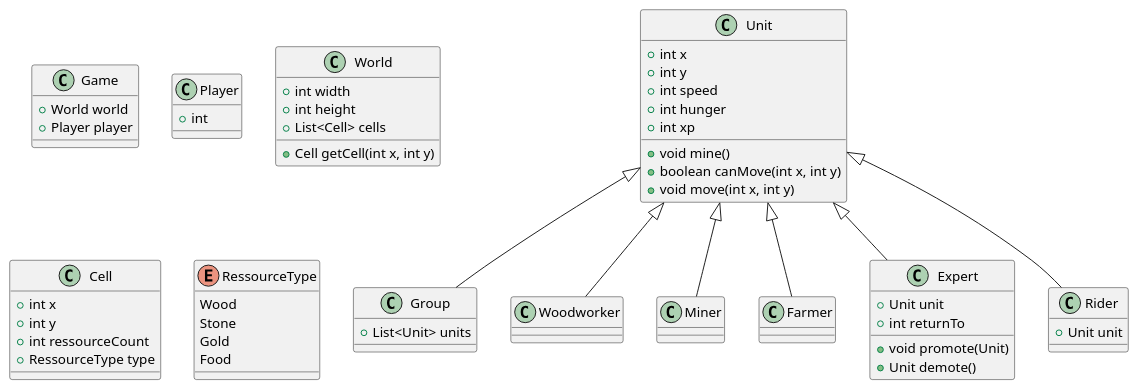
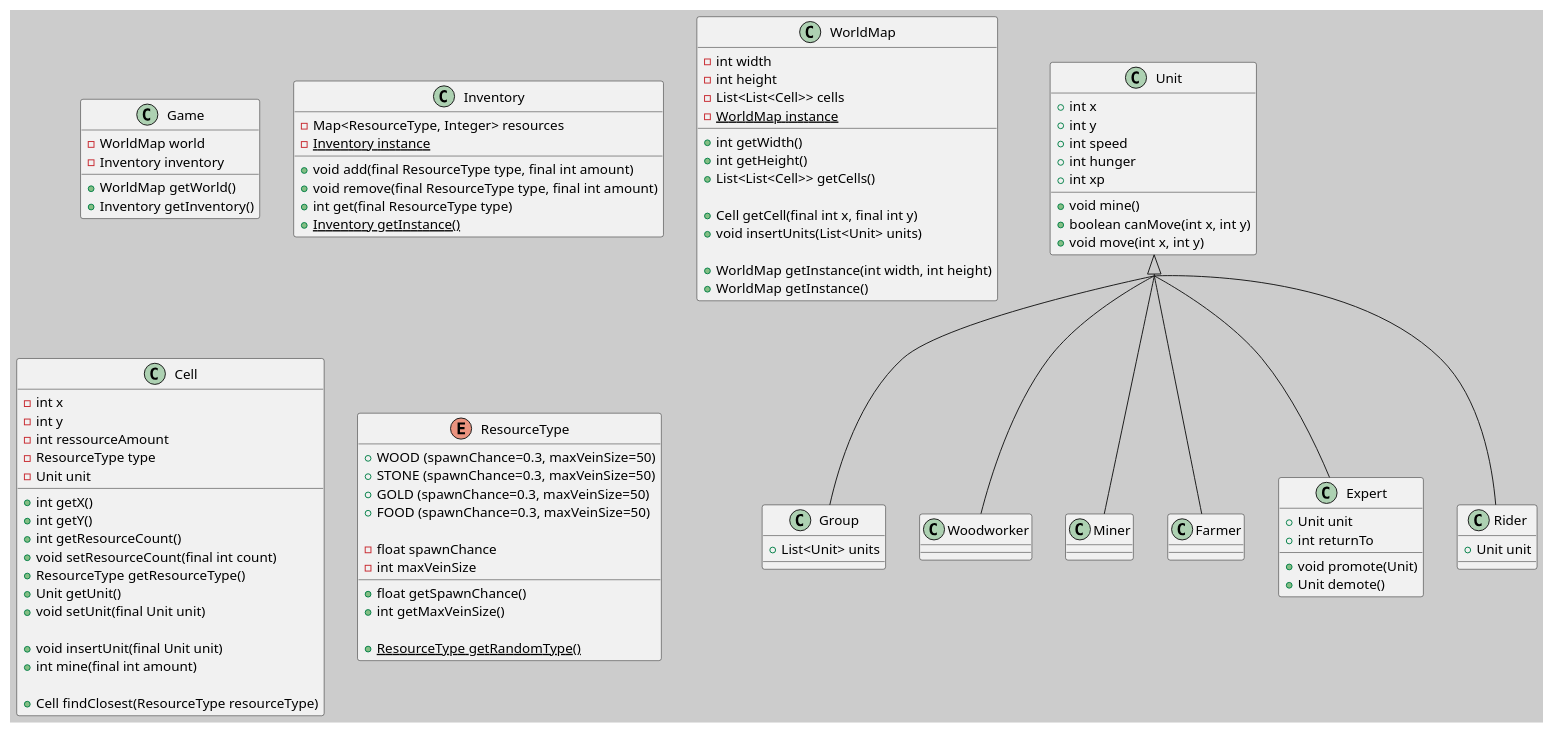
Before and after one commit to 17maiga/strategy_game_dp: the diagram in doc/class.puml, drawn with PlantUML.

Commit message:
World map + resources uml

```diff
--- a/doc/class.puml
+++ b/doc/class.puml
@@ -1,66 +1,110 @@
 @startuml
+skinparam groupInheritance 2
+skinparam backgroundColor #CCCCCC
+
 class Game {
-  +World world
-  +Player player
+  -WorldMap world
+  -Inventory inventory
+
+  +WorldMap getWorld()
+  +Inventory getInventory()
 }
 
-class Player {
-  +int
+class Inventory {
+  -Map<ResourceType, Integer> resources
+  {static} -Inventory instance
+
+  +void add(final ResourceType type, final int amount)
+  +void remove(final ResourceType type, final int amount)
+  +int get(final ResourceType type)
+  {static} +Inventory getInstance()
 }
 
-class World {
-  +int width
-  +int height
-  +List<Cell> cells
+class WorldMap {
+  -int width
+  -int height
+  -List<List<Cell>> cells
+  {static} -WorldMap instance
 
-  +Cell getCell(int x, int y)
+
+  +int getWidth()
+  +int getHeight()
+  +List<List<Cell>> getCells()
+
+  +Cell getCell(final int x, final int y)
+  +void insertUnits(List<Unit> units)
+
+  +WorldMap getInstance(int width, int height)
+  +WorldMap getInstance()
 }
 
 class Cell {
-  +int x
-  +int y
-  +int ressourceCount
-  +RessourceType type
+  -int x
+  -int y
+  -int ressourceAmount
+  -ResourceType type
+  -Unit unit
+
+  +int getX()
+  +int getY()
+  +int getResourceCount()
+  +void setResourceCount(final int count)
+  +ResourceType getResourceType()
+  +Unit getUnit()
+  +void setUnit(final Unit unit)
+
+  +void insertUnit(final Unit unit)
+  +int mine(final int amount)
+
+  +Cell findClosest(ResourceType resourceType)
 }
 
-enum RessourceType {
-  Wood
-  Stone
-  Gold
-  Food
+enum ResourceType {
+  {field} +WOOD (spawnChance=0.3, maxVeinSize=50)
+  {field} +STONE (spawnChance=0.3, maxVeinSize=50)
+  {field} +GOLD (spawnChance=0.3, maxVeinSize=50)
+  {field} +FOOD (spawnChance=0.3, maxVeinSize=50)
+
+  -float spawnChance
+  -int maxVeinSize
+
+  +float getSpawnChance()
+  +int getMaxVeinSize()
+
+  {static} +ResourceType getRandomType()
 }
 
 
 class Unit {
   +int x
   +int y
   +int speed
   +int hunger
   +int xp
 
   +void mine()
   +boolean canMove(int x, int y)
   +void move(int x, int y)
 }
 
 class Group extends Unit {
   +List<Unit> units
 }
 
 class Woodworker extends Unit {}
 class Miner extends Unit {}
 class Farmer extends Unit {}
 
 class Expert extends Unit {
   +Unit unit
   +int returnTo
 
   +void promote(Unit)
   +Unit demote()
 }
 
 class Rider extends Unit {
   +Unit unit
 }
 
 @enduml
```
